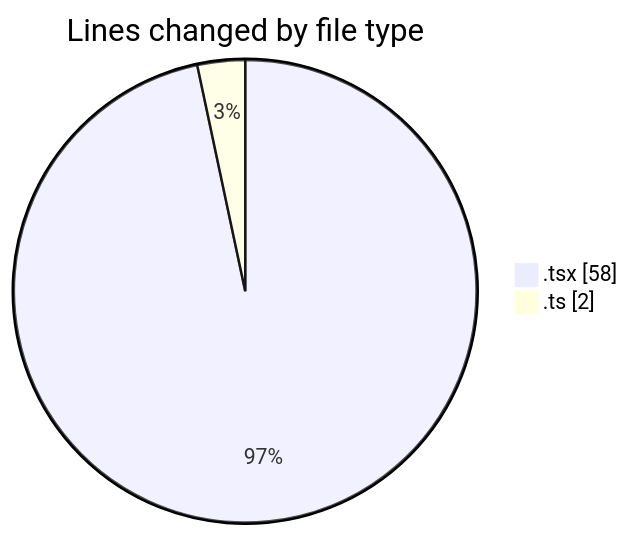
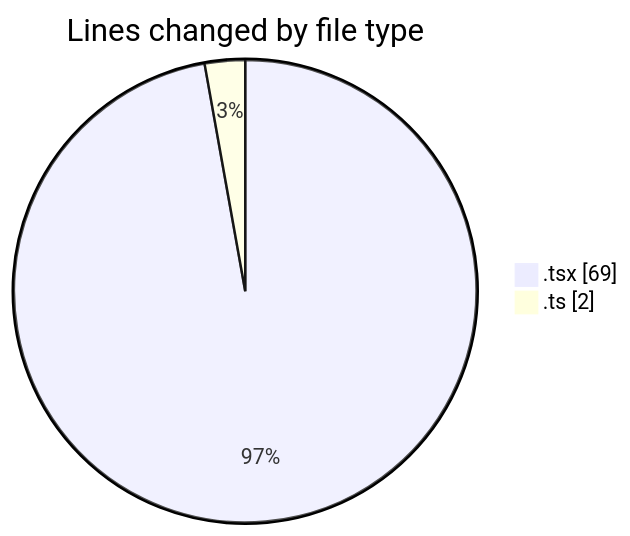
Before and after one commit to nxtqubesakshisongat/code-tracking: the first of 2 diagrams in 2026-05-18/nxtqube_webapp/README.md, drawn with Mermaid. The commit also changed other lines of this file and 1 other file, not shown here.

````diff
--- a/2026-05-18/nxtqube_webapp/README.md
+++ b/2026-05-18/nxtqube_webapp/README.md
@@ -22,6 +22,6 @@
 ```mermaid
 pie showData
 title Lines changed by file type
-".tsx" : 58
+".tsx" : 69
 ".ts" : 2
 ```
````
